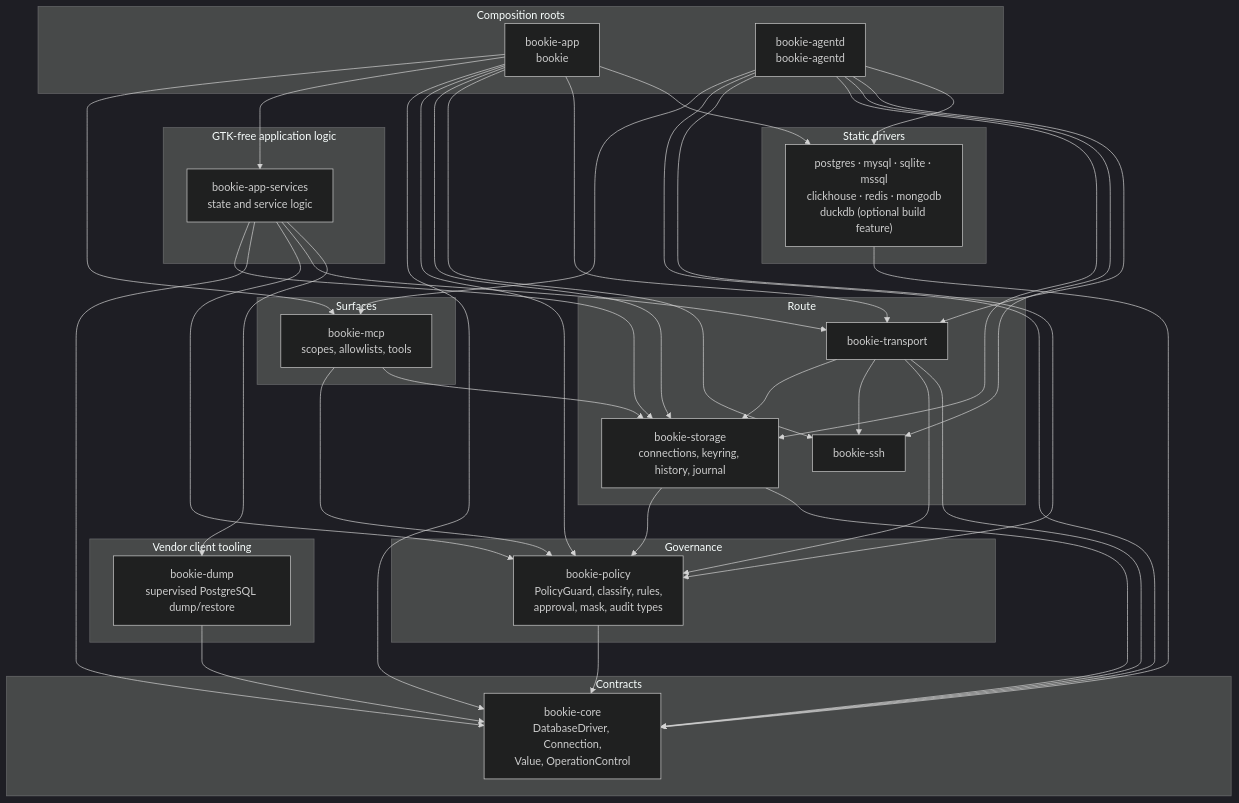
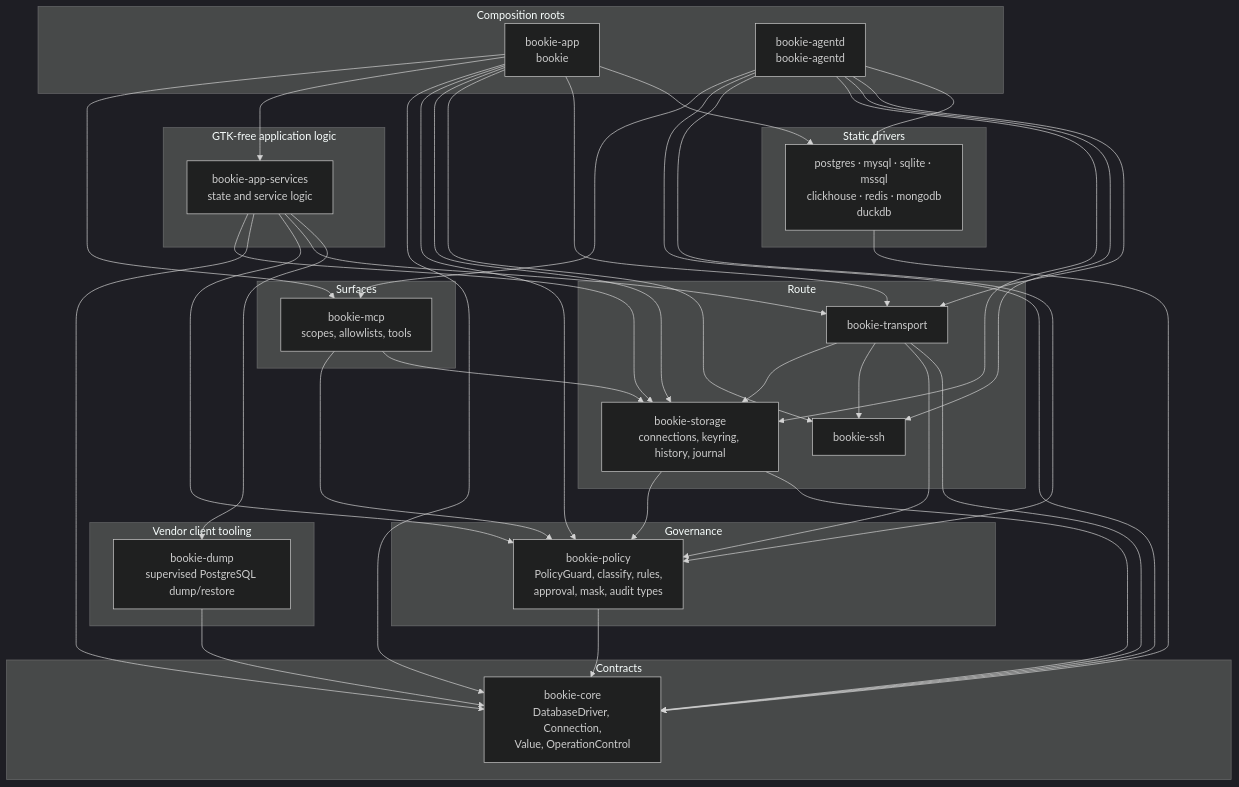
Before and after one commit to cozyGarage/BookiE: the second of 7 diagrams in ARCHITECTURE.md, drawn with Mermaid (dark theme). The commit also changed other lines of this file and 21 other files, not shown here.

````diff
--- a/ARCHITECTURE.md
+++ b/ARCHITECTURE.md
@@ -89,69 +89,69 @@
 ```mermaid
 flowchart TB
     subgraph roots["Composition roots"]
         app["bookie-app<br/>bookie"]
         agentd["bookie-agentd<br/>bookie-agentd"]
     end
 
     subgraph surfaces["Surfaces"]
         mcp["bookie-mcp<br/>scopes, allowlists, tools"]
     end
 
     subgraph app_logic["GTK-free application logic"]
         app_services["bookie-app-services<br/>state and service logic"]
     end
 
     subgraph governance["Governance"]
         policy["bookie-policy<br/>PolicyGuard, classify, rules,<br/>approval, mask, audit types"]
     end
 
     subgraph route["Route"]
         transport["bookie-transport"]
         ssh["bookie-ssh"]
         storage["bookie-storage<br/>connections, keyring, history, journal"]
     end
 
     subgraph tooling["Vendor client tooling"]
         dump["bookie-dump<br/>supervised PostgreSQL dump/restore"]
     end
 
     subgraph contracts["Contracts"]
         core["bookie-core<br/>DatabaseDriver, Connection,<br/>Value, OperationControl"]
     end
 
     subgraph drivers["Static drivers"]
-        drv["postgres · mysql · sqlite · mssql<br/>clickhouse · redis · mongodb<br/>duckdb (optional build feature)"]
+        drv["postgres · mysql · sqlite · mssql<br/>clickhouse · redis · mongodb<br/>duckdb"]
     end
 
     app --> mcp
     agentd --> mcp
     app --> app_services
     app --> core
     app --> policy
     app --> storage
     app --> ssh
     app_services --> storage
     app_services --> core
     app_services --> policy
     app_services --> transport
     app_services --> dump
     app --> transport
     agentd --> core
     agentd --> policy
     agentd --> storage
     agentd --> ssh
     agentd --> transport
     mcp --> policy
     mcp --> storage
     transport --> storage
     transport --> ssh
     transport --> policy
     transport --> core
     policy --> core
     dump --> core
     storage --> policy
     storage --> core
     drv --> core
     app --> drv
     agentd --> drv
 ```
````
